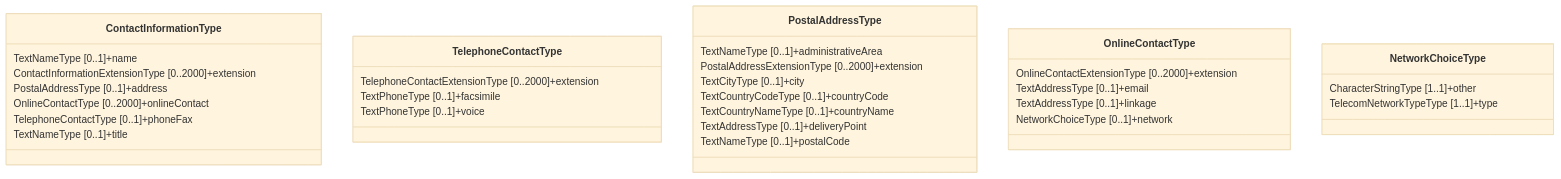
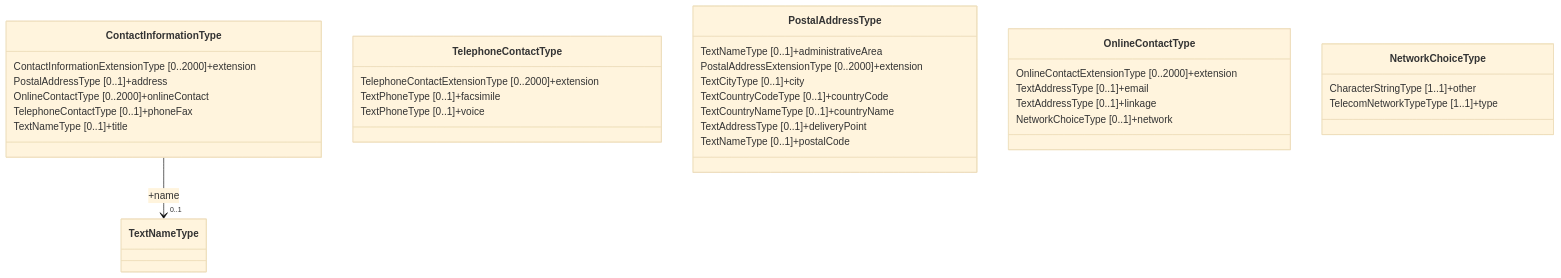
One commit to du-lapin/test_docsify changed the second of 2 diagrams in docs/fixm/FIXM_UML_in_mermaid.md. Above: the diagram before and after it, drawn with Mermaid (base theme). The commit also changed other lines of this file, not shown here.

````diff
--- a/docs/fixm/FIXM_UML_in_mermaid.md
+++ b/docs/fixm/FIXM_UML_in_mermaid.md
@@ -16,30 +16,31 @@
 ```mermaid
 classDiagram
 class ContactInformationType
-ContactInformationType : TextNameType [0..1]+name
+%% ContactInformationType : TextNameType [0..1]+name
 ContactInformationType : ContactInformationExtensionType [0..2000]+extension
 ContactInformationType : PostalAddressType [0..1]+address
 ContactInformationType : OnlineContactType [0..2000]+onlineContact
 ContactInformationType : TelephoneContactType [0..1]+phoneFax
 ContactInformationType : TextNameType [0..1]+title
 class TelephoneContactType
 TelephoneContactType : TelephoneContactExtensionType [0..2000]+extension
 TelephoneContactType : TextPhoneType [0..1]+facsimile
 TelephoneContactType : TextPhoneType [0..1]+voice
 class PostalAddressType
 PostalAddressType : TextNameType [0..1]+administrativeArea
 PostalAddressType : PostalAddressExtensionType [0..2000]+extension
 PostalAddressType : TextCityType [0..1]+city
 PostalAddressType : TextCountryCodeType [0..1]+countryCode
 PostalAddressType : TextCountryNameType [0..1]+countryName
 PostalAddressType : TextAddressType [0..1]+deliveryPoint
 PostalAddressType : TextNameType [0..1]+postalCode
 class OnlineContactType
 OnlineContactType : OnlineContactExtensionType [0..2000]+extension
 OnlineContactType : TextAddressType [0..1]+email
 OnlineContactType : TextAddressType [0..1]+linkage
 OnlineContactType : NetworkChoiceType [0..1]+network
 class NetworkChoiceType
 NetworkChoiceType : CharacterStringType [1..1]+other
 NetworkChoiceType : TelecomNetworkTypeType [1..1]+type
+ContactInformationType --> "0..1" TextNameType : +name
 ```
````
